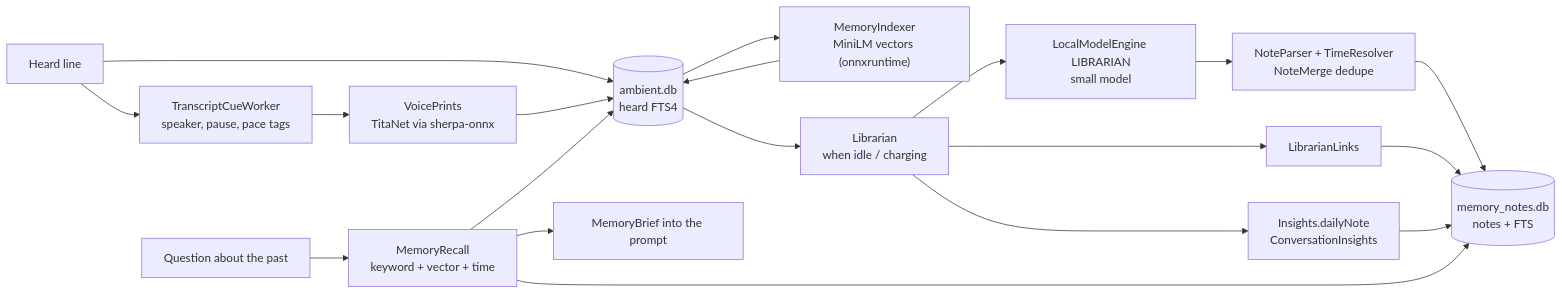
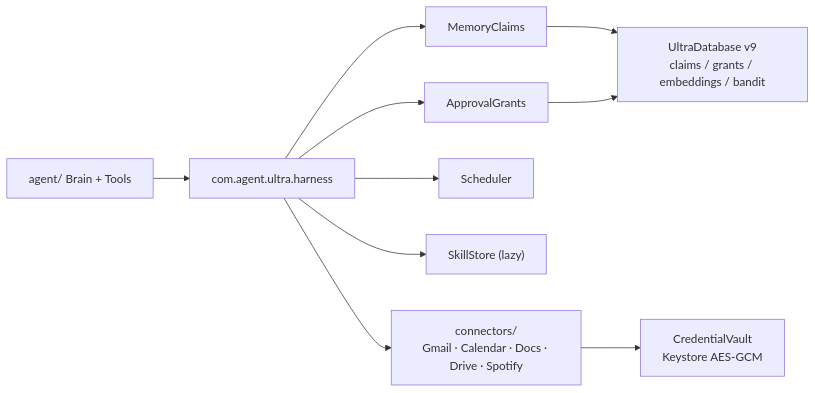
Before and after one commit to Arbloodhound/Jarvis: the third of 3 diagrams in ARCHITECTURE.md, drawn with Mermaid. The commit also changed other lines of this file, not shown here.

Commit message:
docs: post-merge replacement of ARCHITECTURE.md (2026-10-19)

````diff
--- a/ARCHITECTURE.md
+++ b/ARCHITECTURE.md
@@ -270,17 +96,12 @@
 ```mermaid
 flowchart LR
-  H["Heard line"] --> AM[("ambient.db<br/>heard FTS4")]
-  H --> CW["TranscriptCueWorker<br/>speaker, pause, pace tags"]
-  CW --> VP["VoicePrints<br/>TitaNet via sherpa-onnx"] --> AM
-  AM --> IX["MemoryIndexer<br/>MiniLM vectors (onnxruntime)"] --> AM
-  AM --> LB["Librarian<br/>when idle / charging"]
-  LB --> SM["LocalModelEngine LIBRARIAN<br/>small model"]
-  SM --> NP["NoteParser + TimeResolver<br/>NoteMerge dedupe"]
-  NP --> MN[("memory_notes.db<br/>notes + FTS")]
-  LB --> LK["LibrarianLinks"] --> MN
-  LB --> INS["Insights.dailyNote<br/>ConversationInsights"] --> MN
-  Q["Question about the past"] --> RC["MemoryRecall<br/>keyword + vector + time"]
-  RC --> AM
-  RC --> MN
-  RC --> BRF["MemoryBrief into the prompt"]
+  BRAIN2["agent/ Brain + Tools"] --> H["com.agent.ultra.harness"]
+  H --> MC["MemoryClaims"]
+  H --> AG["ApprovalGrants"]
+  H --> SCH["Scheduler"]
+  H --> SK["SkillStore (lazy)"]
+  H --> CONN["connectors/<br/>Gmail · Calendar · Docs · Drive · Spotify"]
+  CONN --> VAULT["CredentialVault<br/>Keystore AES-GCM"]
+  MC --> DB2["UltraDatabase v9<br/>claims / grants / embeddings / bandit"]
+  AG --> DB2
 ```
````
